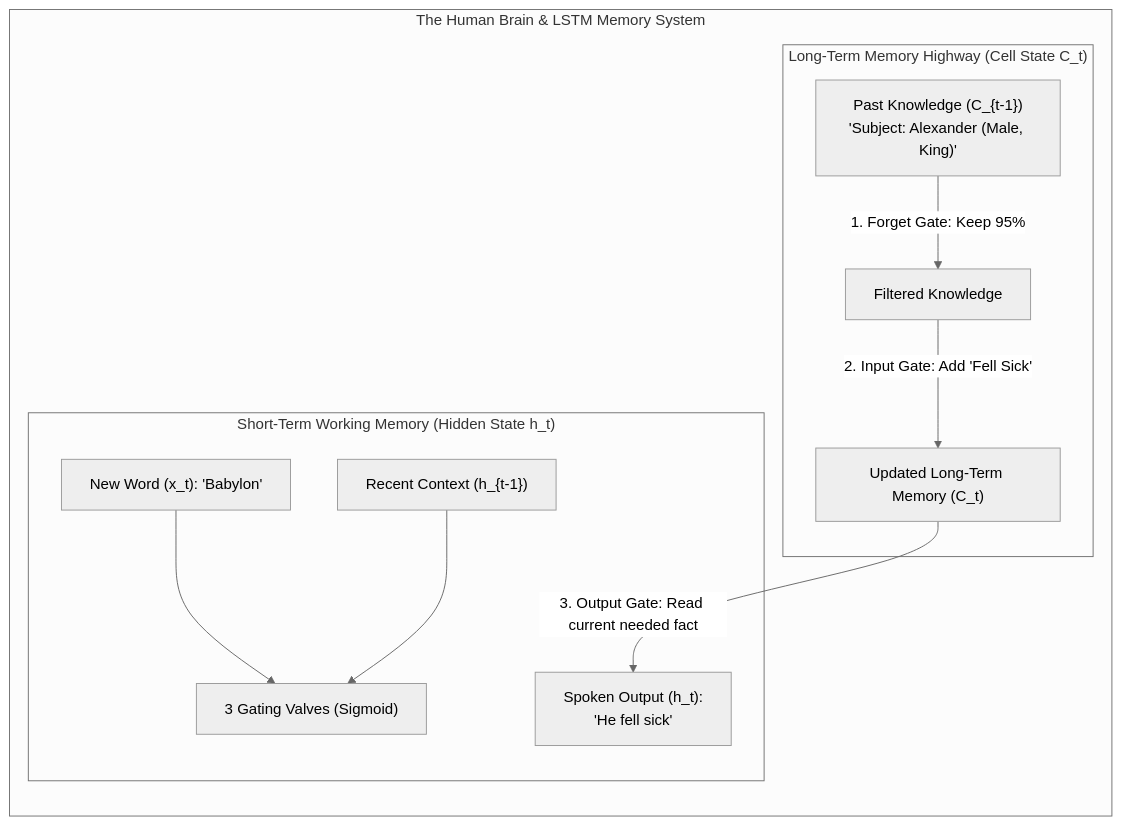
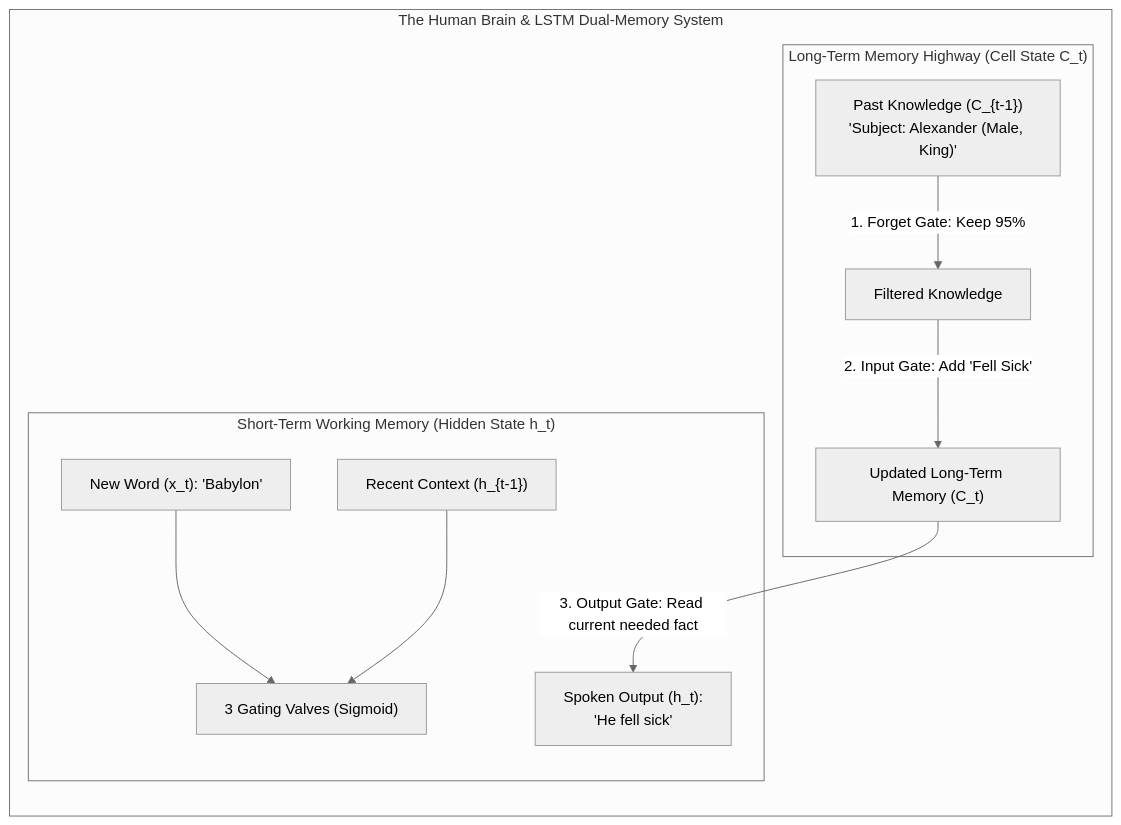
One commit to iamdamodhar/minorinai changed the diagram in 01-class-notes/04-lecture-05-lstm-networks/README.md. Above: the diagram before and after it, drawn with Mermaid (neutral theme). The commit also changed other lines of this file and 1 other file, not shown here.

Commit message:
Update Lecture 05 notes with 6-stage architecture and Distributed Systems Rosetta Stone

````diff
--- a/01-class-notes/04-lecture-05-lstm-networks/README.md
+++ b/01-class-notes/04-lecture-05-lstm-networks/README.md
@@ -22,17 +24,17 @@
 ```mermaid
 flowchart LR
-    subgraph BrainMemory["The Human Brain & LSTM Memory System"]
+    subgraph BrainMemory["The Human Brain & LSTM Dual-Memory System"]
         direction TB
         subgraph LongTerm["Long-Term Memory Highway (Cell State C_t)"]
             C_prev["Past Knowledge (C_{t-1})<br>'Subject: Alexander (Male, King)'"] -->|1. Forget Gate: Keep 95%| C_mid["Filtered Knowledge"]
             C_mid -->|2. Input Gate: Add 'Fell Sick'| C_curr["Updated Long-Term Memory (C_t)"]
         end
         
         subgraph WorkingMem["Short-Term Working Memory (Hidden State h_t)"]
             X_t["New Word (x_t): 'Babylon'"] --> Gates
             H_prev["Recent Context (h_{t-1})"] --> Gates
             Gates["3 Gating Valves (Sigmoid)"]
             C_curr -->|3. Output Gate: Read current needed fact| H_curr["Spoken Output (h_t):<br>'He fell sick'"]
         end
     end
 ```
````
